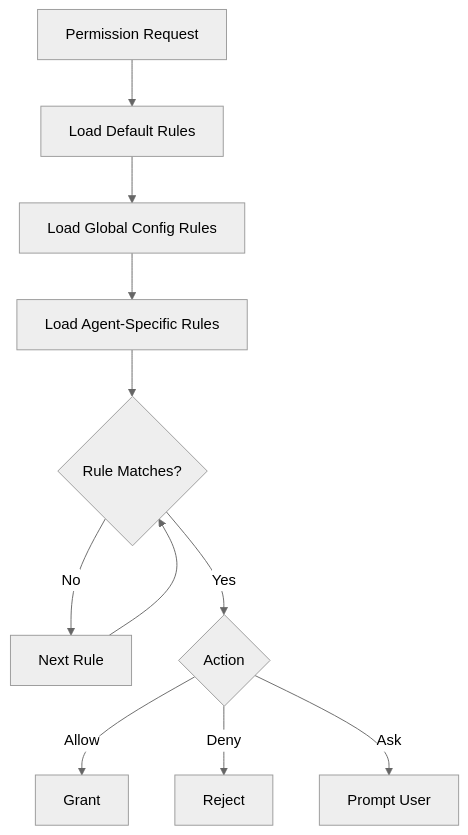
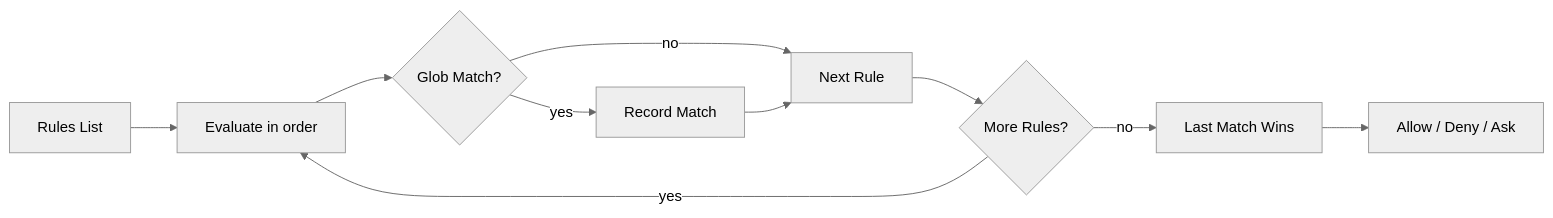
Diagram 11 of 16 in SPEC.md (thawkins/ragent), drawn with Mermaid (neutral theme) before and after one commit. The commit also changed other lines of this file and 91 other files, not shown here.

````diff
--- a/SPEC.md
+++ b/SPEC.md
@@ -1083,13 +794,12 @@
 ```mermaid
-graph TD
-    A[Permission Request] --> B[Load Default Rules]
-    B --> C[Load Global Config Rules]
-    C --> D[Load Agent-Specific Rules]
-    D --> E{Rule Matches?}
-    E -->|No| F[Next Rule]
-    F --> E
-    E -->|Yes| G{Action}
-    G -->|Allow| H[Grant]
-    G -->|Deny| I[Reject]
-    G -->|Ask| J[Prompt User]
+graph LR
+    Rules[Rules List] --> Iterate[Evaluate in order]
+    Iterate --> Match{Glob Match?}
+    Match -->|yes| Record[Record Match]
+    Match -->|no| Next[Next Rule]
+    Record --> Next
+    Next --> More{More Rules?}
+    More -->|yes| Iterate
+    More -->|no| Last[Last Match Wins]
+    Last --> Action[Allow / Deny / Ask]
 ```
````
